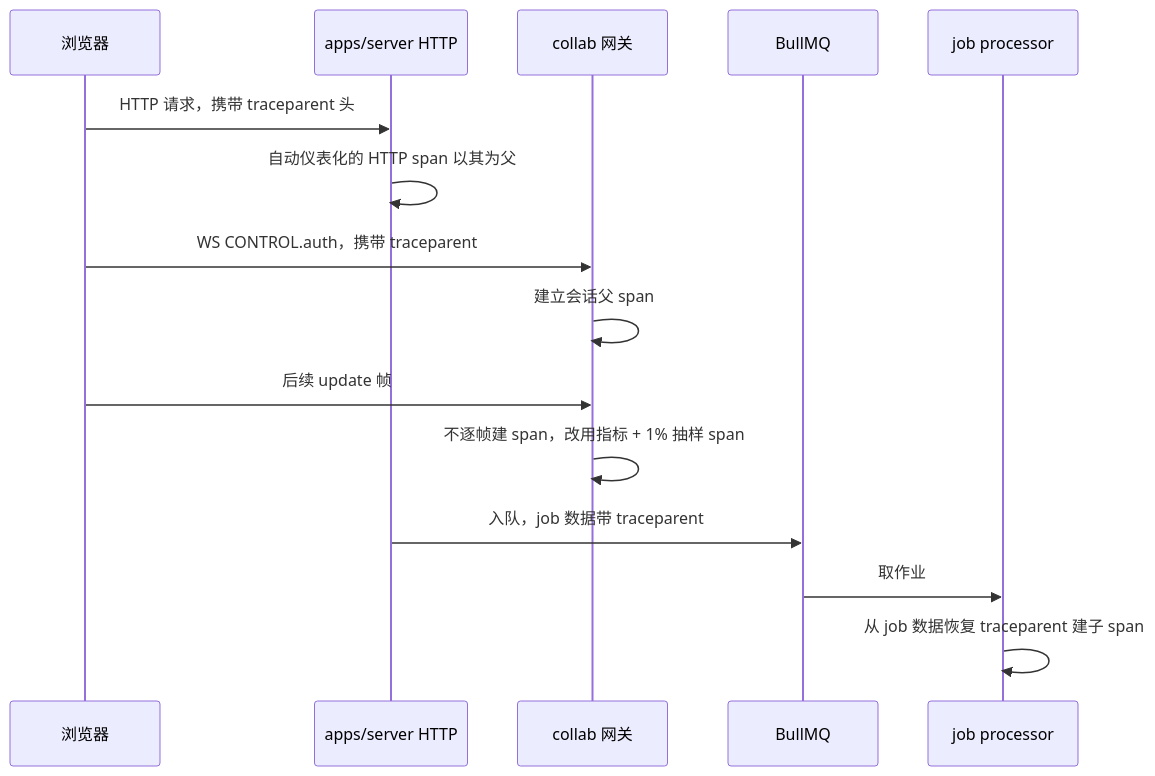
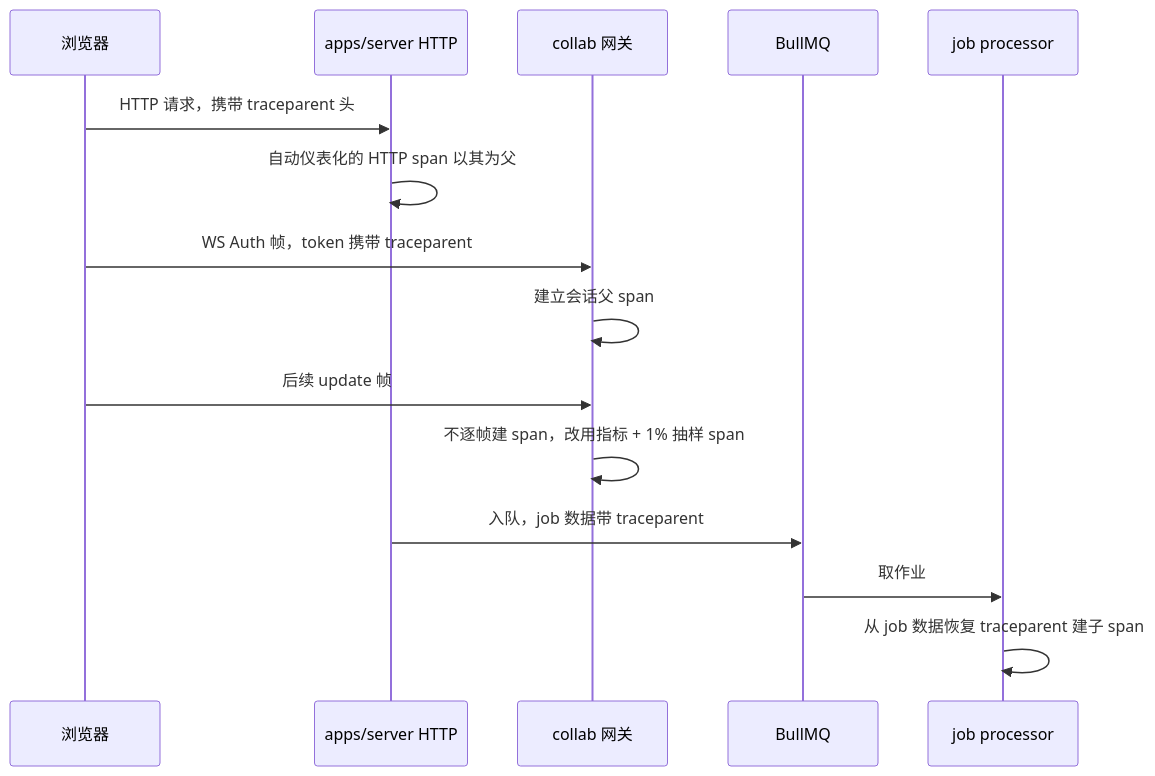
Before and after one commit to Xeonice/cordis-ppt-editor: the eighth of 9 diagrams in docs/30-architecture/10-observability-and-errors.md, drawn with Mermaid. The commit also changed other lines of this file and 78 other files, not shown here.

````diff
--- a/docs/30-architecture/10-observability-and-errors.md
+++ b/docs/30-architecture/10-observability-and-errors.md
@@ -359,17 +380,17 @@
 ```mermaid
 sequenceDiagram
   participant B as 浏览器
   participant API as apps/server HTTP
   participant G as collab 网关
   participant Q as BullMQ
   participant W as job processor
   B->>API: HTTP 请求，携带 traceparent 头
   API->>API: 自动仪表化的 HTTP span 以其为父
-  B->>G: WS CONTROL.auth，携带 traceparent
+  B->>G: WS Auth 帧，token 携带 traceparent
   G->>G: 建立会话父 span
   B->>G: 后续 update 帧
   G->>G: 不逐帧建 span，改用指标 + 1% 抽样 span
   API->>Q: 入队，job 数据带 traceparent
   Q->>W: 取作业
   W->>W: 从 job 数据恢复 traceparent 建子 span
 ```
````
